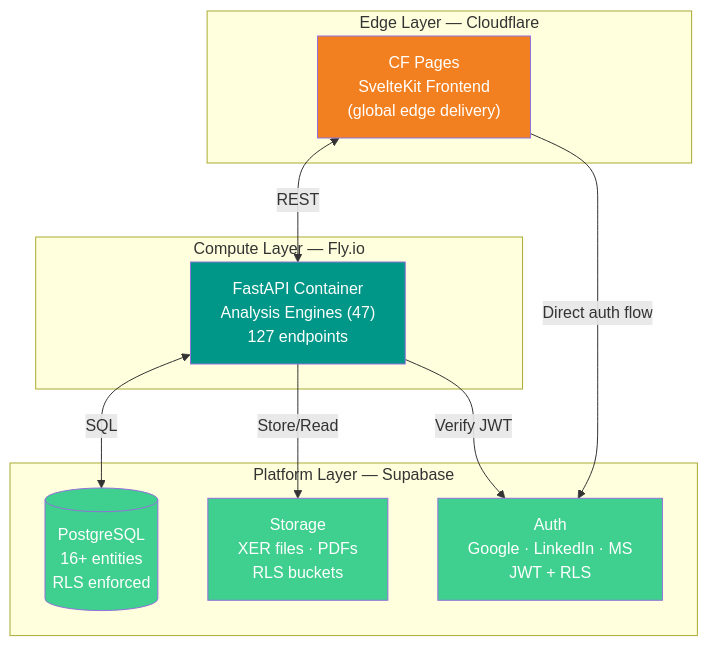
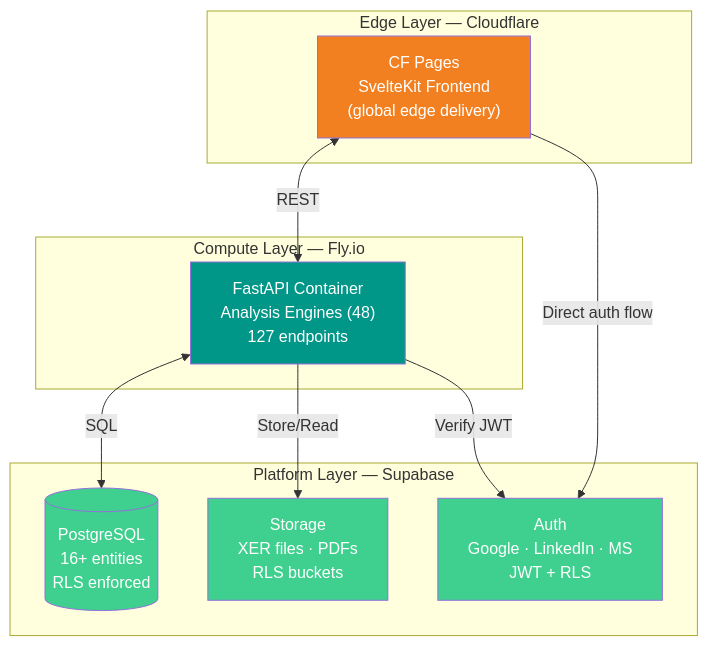
One commit to VitorMRodovalho/meridianiq changed the first of 2 diagrams in README.md. Above: the diagram before and after it, drawn with Mermaid. The commit also changed other lines of this file and 3 other files, not shown here.

````diff
--- a/README.md
+++ b/README.md
@@ -116,28 +116,28 @@
 ```mermaid
 graph TB
     subgraph "Edge Layer — Cloudflare"
         CF_PAGES["CF Pages<br/>SvelteKit Frontend<br/>(global edge delivery)"]
     end
 
     subgraph "Compute Layer — Fly.io"
-        FASTAPI["FastAPI Container<br/>Analysis Engines (47)<br/>127 endpoints"]
+        FASTAPI["FastAPI Container<br/>Analysis Engines (48)<br/>127 endpoints"]
     end
 
     subgraph "Platform Layer — Supabase"
         AUTH["Auth<br/>Google · LinkedIn · MS<br/>JWT + RLS"]
         DB[("PostgreSQL<br/>16+ entities<br/>RLS enforced")]
         STORAGE["Storage<br/>XER files · PDFs<br/>RLS buckets"]
     end
 
     CF_PAGES <-->|"REST"| FASTAPI
     FASTAPI <-->|"SQL"| DB
     FASTAPI -->|"Store/Read"| STORAGE
     FASTAPI -->|"Verify JWT"| AUTH
     CF_PAGES -->|"Direct auth flow"| AUTH
 
     style CF_PAGES fill:#F38020,color:#fff
     style FASTAPI fill:#009688,color:#fff
     style DB fill:#3FCF8E,color:#fff
     style AUTH fill:#3FCF8E,color:#fff
     style STORAGE fill:#3FCF8E,color:#fff
 ```
````
